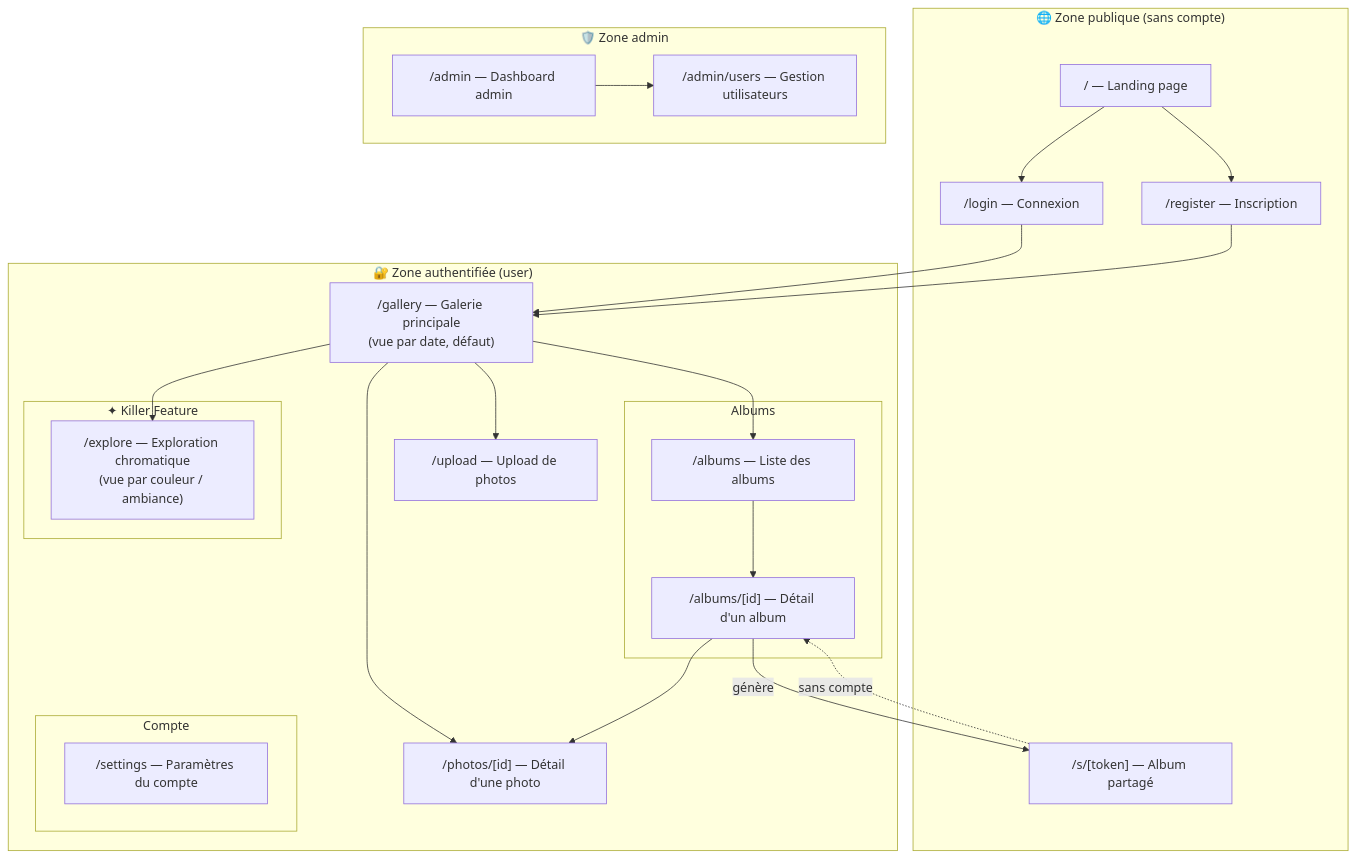
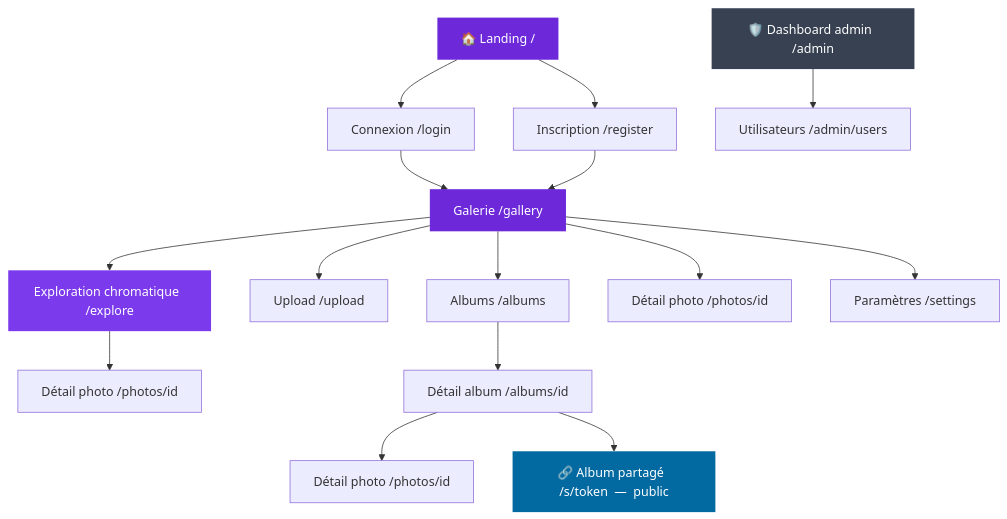
One commit to TonyMascate/fil_rouge_plateforme changed the diagram in docs/architecture-pages.md. Above: the diagram before and after it, drawn with Mermaid. The commit also changed other lines of this file, not shown here.

Commit message:
Feat: Schéma d'architecture du site

````diff
--- a/docs/architecture-pages.md
+++ b/docs/architecture-pages.md
@@ -5,55 +5,30 @@
 ```mermaid
 flowchart TD
-    subgraph PUBLIC["🌐 Zone publique (sans compte)"]
-        LANDING["/ — Landing page"]
-        LOGIN["/login — Connexion"]
-        REGISTER["/register — Inscription"]
-        SHARED["/s/[token] — Album partagé"]
-    end
+    LANDING["🏠 Landing  /"]
 
-    subgraph AUTH["🔐 Zone authentifiée (user)"]
-        GALLERY["/gallery — Galerie principale\n(vue par date, défaut)"]
+    LANDING --> LOGIN["Connexion  /login"]
+    LANDING --> REGISTER["Inscription  /register"]
 
-        subgraph EXPLORE["✦ Killer Feature"]
-            CHROMATIC["/explore — Exploration chromatique\n(vue par couleur / ambiance)"]
-        end
-
-        UPLOAD["/upload — Upload de photos"]
-        PHOTO["/photos/[id] — Détail d'une photo"]
-
-        subgraph ALBUMS["Albums"]
-            ALBUMS_LIST["/albums — Liste des albums"]
-            ALBUM_DETAIL["/albums/[id] — Détail d'un album"]
-        end
-
-        subgraph SETTINGS["Compte"]
-            PROFILE["/settings — Paramètres du compte"]
-        end
-    end
-
-    subgraph ADMIN["🛡️ Zone admin"]
-        ADMIN_DASH["/admin — Dashboard admin"]
-        ADMIN_USERS["/admin/users — Gestion utilisateurs"]
-    end
-
-    %% Navigation publique
-    LANDING --> LOGIN
-    LANDING --> REGISTER
-    LOGIN --> GALLERY
+    LOGIN --> GALLERY["Galerie  /gallery"]
     REGISTER --> GALLERY
 
-    %% Lien public vers album partagé
-    SHARED -.->|"sans compte"| ALBUM_DETAIL
+    GALLERY --> CHROMATIC["Exploration chromatique  /explore"]
+    GALLERY --> UPLOAD["Upload  /upload"]
+    GALLERY --> ALBUMS_LIST["Albums  /albums"]
+    GALLERY --> PHOTO_G["Détail photo  /photos/id"]
+    GALLERY --> SETTINGS["Paramètres  /settings"]
 
-    %% Navigation app
-    GALLERY --> CHROMATIC
-    GALLERY --> PHOTO
-    GALLERY --> UPLOAD
-    GALLERY --> ALBUMS_LIST
-    ALBUMS_LIST --> ALBUM_DETAIL
-    ALBUM_DETAIL --> PHOTO
-    ALBUM_DETAIL -->|"génère"| SHARED
+    CHROMATIC --> PHOTO_C["Détail photo  /photos/id"]
 
-    %% Admin
-    ADMIN_DASH --> ADMIN_USERS
+    ALBUMS_LIST --> ALBUM_DETAIL["Détail album  /albums/id"]
+    ALBUM_DETAIL --> PHOTO_A["Détail photo  /photos/id"]
+    ALBUM_DETAIL --> SHARED["🔗 Album partagé  /s/token  —  public"]
+
+    ADMIN["🛡️ Dashboard admin  /admin"] --> ADMIN_USERS["Utilisateurs  /admin/users"]
+
+    style LANDING fill:#6d28d9,color:#fff,stroke:none
+    style GALLERY fill:#6d28d9,color:#fff,stroke:none
+    style ADMIN fill:#374151,color:#fff,stroke:none
+    style SHARED fill:#0369a1,color:#fff,stroke:none
+    style CHROMATIC fill:#7c3aed,color:#fff,stroke:none
 ```
````
